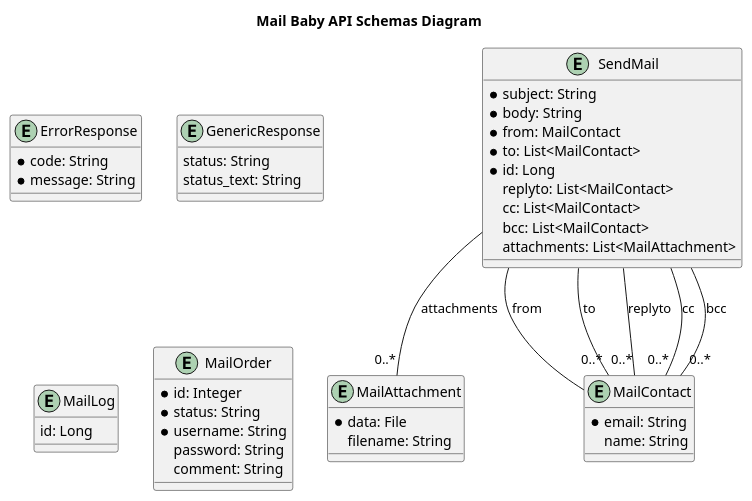
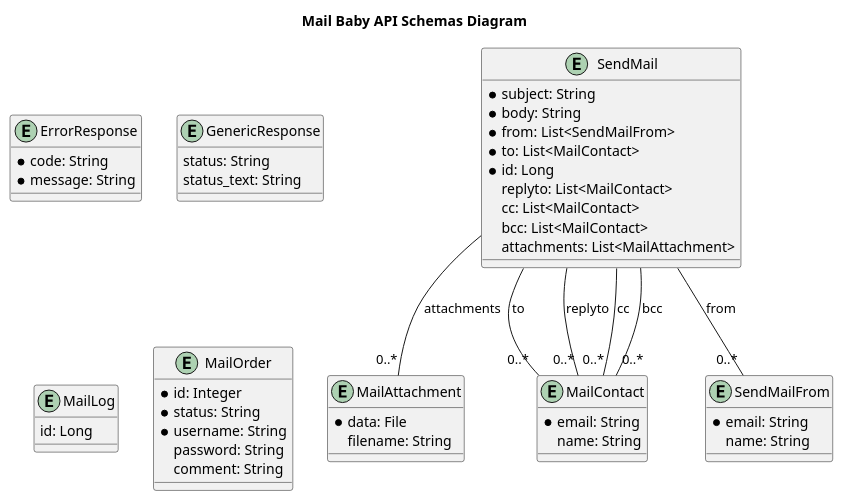
One commit to interserver/mailbaby-api-samples changed the diagram in openapi-documentation/plantuml/schemas.plantuml. Above: the diagram before and after it, drawn with PlantUML. The commit also changed 695 other files, not shown here.

```diff
--- a/openapi-documentation/plantuml/schemas.plantuml
+++ b/openapi-documentation/plantuml/schemas.plantuml
@@ -1,57 +1,62 @@
 @startuml
 
 title Mail Baby API Schemas Diagram
 
 entity ErrorResponse { 
     * code: String
     * message: String
 }
 
 entity GenericResponse { 
     status: String
     status_text: String
 }
 
 entity MailAttachment { 
     * data: File
     filename: String
 }
 
 entity MailContact { 
     * email: String
     name: String
 }
 
 entity MailLog { 
     id: Long
 }
 
 entity MailOrder { 
     * id: Integer
     * status: String
     * username: String
     password: String
     comment: String
 }
 
 entity SendMail { 
     * subject: String
     * body: String
-    * from: MailContact
+    * from: List<SendMailFrom>
     * to: List<MailContact>
     * id: Long
     replyto: List<MailContact>
     cc: List<MailContact>
     bcc: List<MailContact>
     attachments: List<MailAttachment>
 }
 
+entity SendMailFrom { 
+    * email: String
+    name: String
+}
 
-SendMail -- MailContact : from
+
+SendMail -- "0..*" SendMailFrom : from
 SendMail -- "0..*" MailContact : to
 SendMail -- "0..*" MailContact : replyto
 SendMail -- "0..*" MailContact : cc
 SendMail -- "0..*" MailContact : bcc
 SendMail -- "0..*" MailAttachment : attachments
 
 @enduml
```
